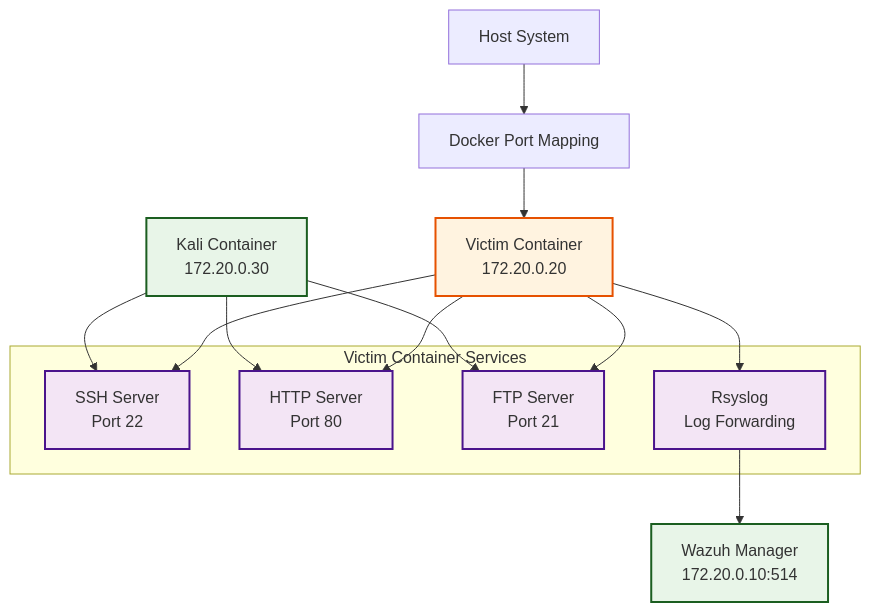
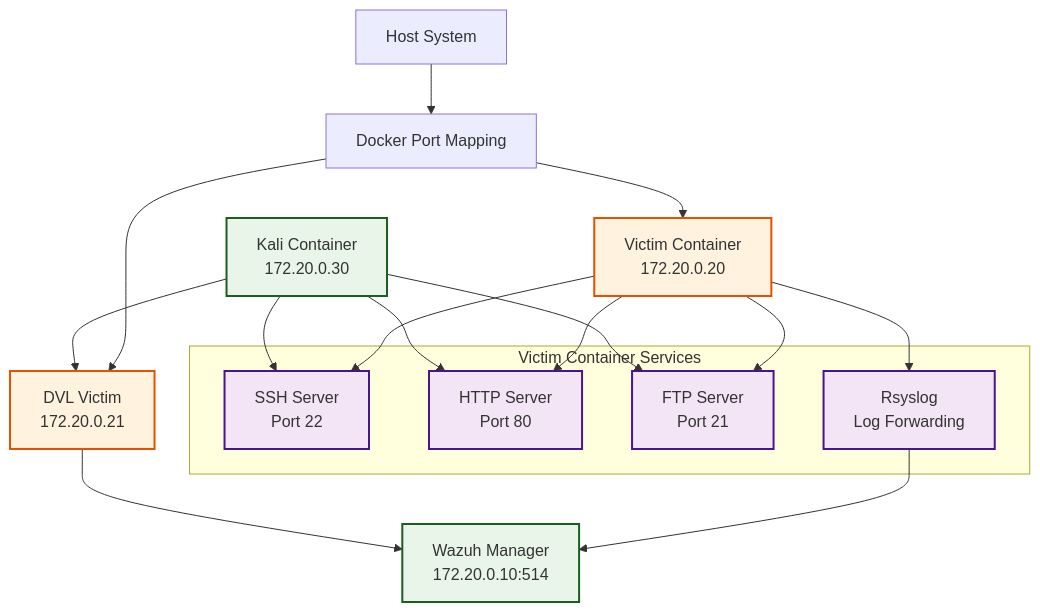
The diagram in docs/components/victim-containers.md (Brad-Edwards/aptl), drawn with Mermaid before and after one commit. The commit also changed other lines of this file and 9 other files, not shown here.

Commit message:
feat: add optional DVL victim machine

````diff
--- a/docs/components/victim-containers.md
+++ b/docs/components/victim-containers.md
@@ -19,30 +20,34 @@
 ```mermaid
 flowchart TD
     A[Host System] --> B[Docker Port Mapping]
     B --> C[Victim Container<br/>172.20.0.20]
+    B --> J[DVL Victim<br/>172.20.0.21]
     
     subgraph "Victim Container Services"
         D[SSH Server<br/>Port 22]
         E[HTTP Server<br/>Port 80]
         F[FTP Server<br/>Port 21]
         G[Rsyslog<br/>Log Forwarding]
     end
     
     C --> D
     C --> E
     C --> F
     C --> G
     
     G --> H[Wazuh Manager<br/>172.20.0.10:514]
+    J --> H
     I[Kali Container<br/>172.20.0.30] --> D
     I --> E
     I --> F
+    I --> J
     
     classDef victim fill:#fff3e0,stroke:#e65100,stroke-width:2px
     classDef services fill:#f3e5f5,stroke:#4a148c,stroke-width:2px
     classDef external fill:#e8f5e8,stroke:#1b5e20,stroke-width:2px
     
     class C victim
+    class J victim
     class D,E,F,G services
     class H,I external
 ```
````
